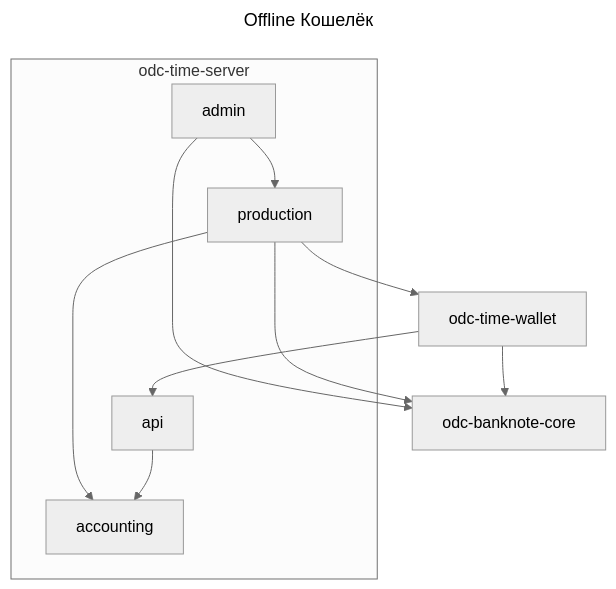
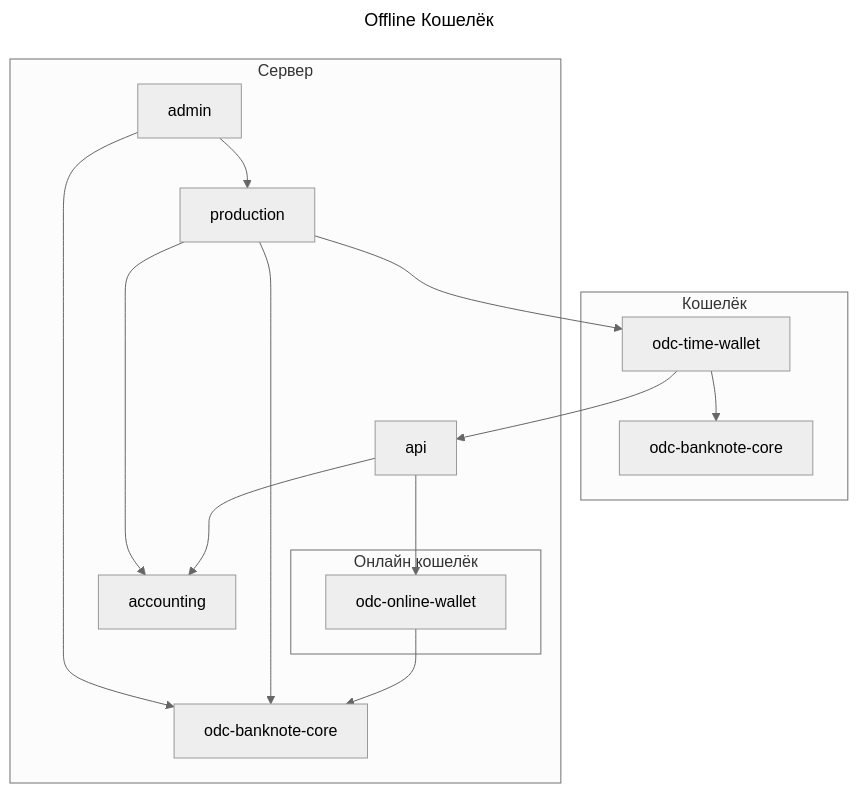
Before and after one commit to kib-sources/odc-doc: the diagram in docs/timemoney/architecture/index.md, drawn with Mermaid (neutral theme).

Commit message:
Поправил архитектуру

````diff
--- a/docs/timemoney/architecture/index.md
+++ b/docs/timemoney/architecture/index.md
@@ -20,20 +20,30 @@
 ```mermaid
 ---
 title: Offline Кошелёк
 ---
 flowchart TB
-    odc-time-wallet --> odc-banknote-core
-    subgraph odc-time-server 
+    subgraph Кошелёк
+        core-wallet[odc-banknote-core]
+        odc-time-wallet
+    end
+    odc-time-wallet --> core-wallet
+    subgraph Сервер 
+        core-server[odc-banknote-core]
         api
         admin
         production
         accounting
+        subgraph "Онлайн кошелёк"
+            odc-online-wallet
+        end
     end
+    odc-online-wallet --> core-server
+    api --> odc-online-wallet
     admin --> production
-    production --> odc-banknote-core
+    production --> core-server
     production --> odc-time-wallet
     odc-time-wallet --> api
     api --> accounting
     production --> accounting
-    admin --> odc-banknote-core
+    admin --> core-server
 ```
````
